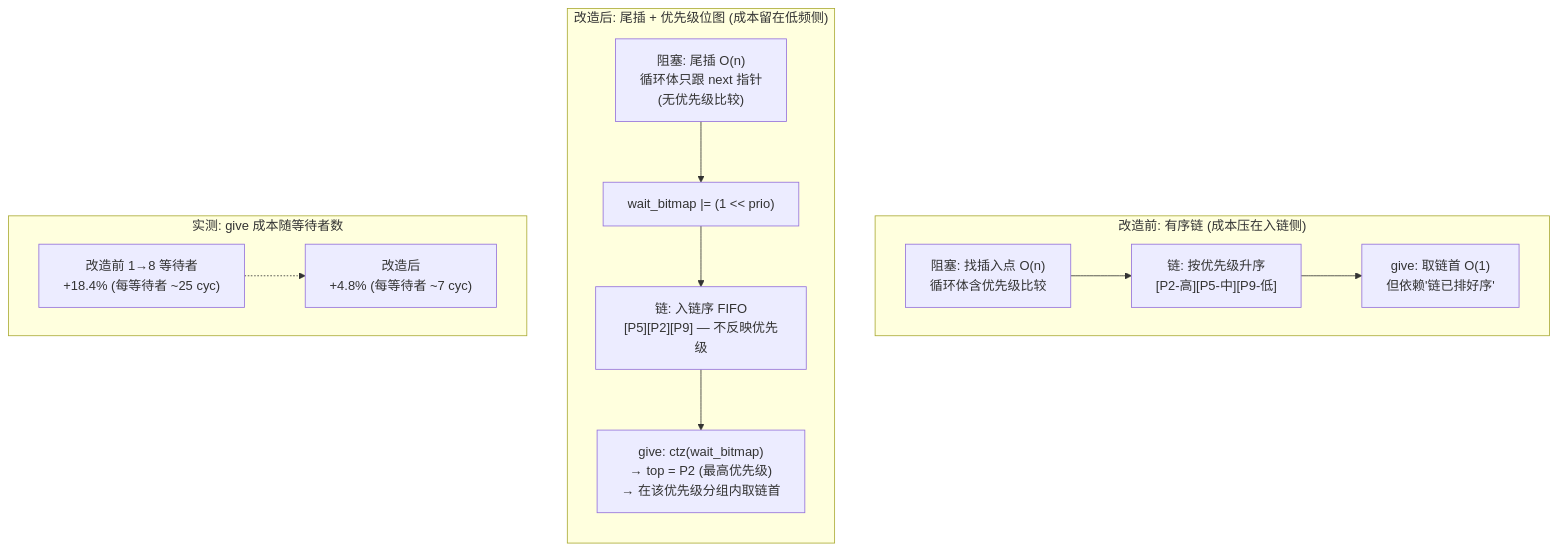
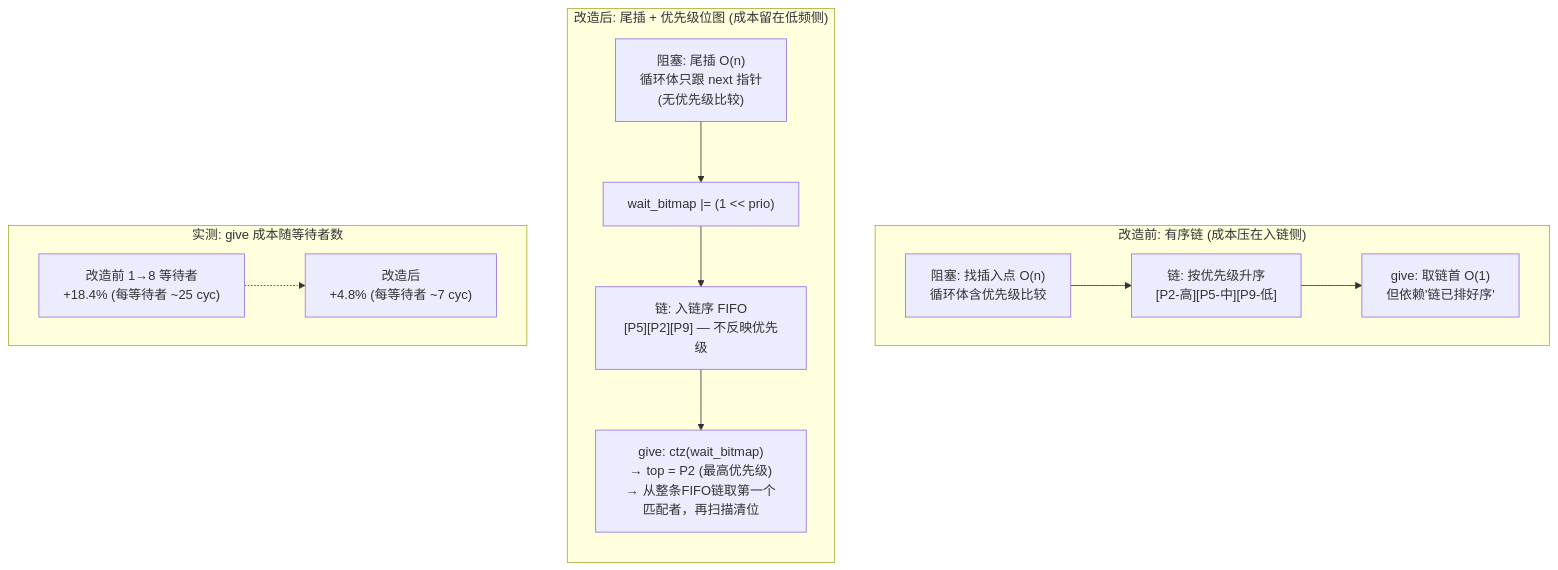
One commit to ArchHang/RTOS changed the tenth of 12 diagrams in docs/rtos_design.md. Above: the diagram before and after it, drawn with Mermaid. The commit also changed other lines of this file and 5 other files, not shown here.

````diff
--- a/docs/rtos_design.md
+++ b/docs/rtos_design.md
@@ -1307,20 +1337,20 @@
 ```mermaid
 flowchart TB
     subgraph BEFORE["改造前: 有序链 (成本压在入链侧)"]
         direction LR
         B1["阻塞: 找插入点 O(n)<br/>循环体含优先级比较"] --> B2["链: 按优先级升序<br/>[P2-高][P5-中][P9-低]"]
         B2 --> B3["give: 取链首 O(1)<br/>但依赖'链已排好序'"]
     end
 
     subgraph AFTER["改造后: 尾插 + 优先级位图 (成本留在低频侧)"]
         direction TB
         A1["阻塞: 尾插 O(n)<br/>循环体只跟 next 指针<br/>(无优先级比较)"] --> A2["wait_bitmap |= (1 << prio)"]
         A2 --> A3["链: 入链序 FIFO<br/>[P5][P2][P9] — 不反映优先级"]
-        A3 --> A4["give: ctz(wait_bitmap)<br/>→ top = P2 (最高优先级)<br/>→ 在该优先级分组内取链首"]
+        A3 --> A4["give: ctz(wait_bitmap)<br/>→ top = P2 (最高优先级)<br/>→ 从整条FIFO链取第一个匹配者，再扫描清位"]
     end
 
     subgraph COST["实测: give 成本随等待者数"]
         direction LR
         C1["改造前 1→8 等待者<br/>+18.4% (每等待者 ~25 cyc)"] -.-> C2["改造后<br/>+4.8% (每等待者 ~7 cyc)"]
     end
 ```
````
